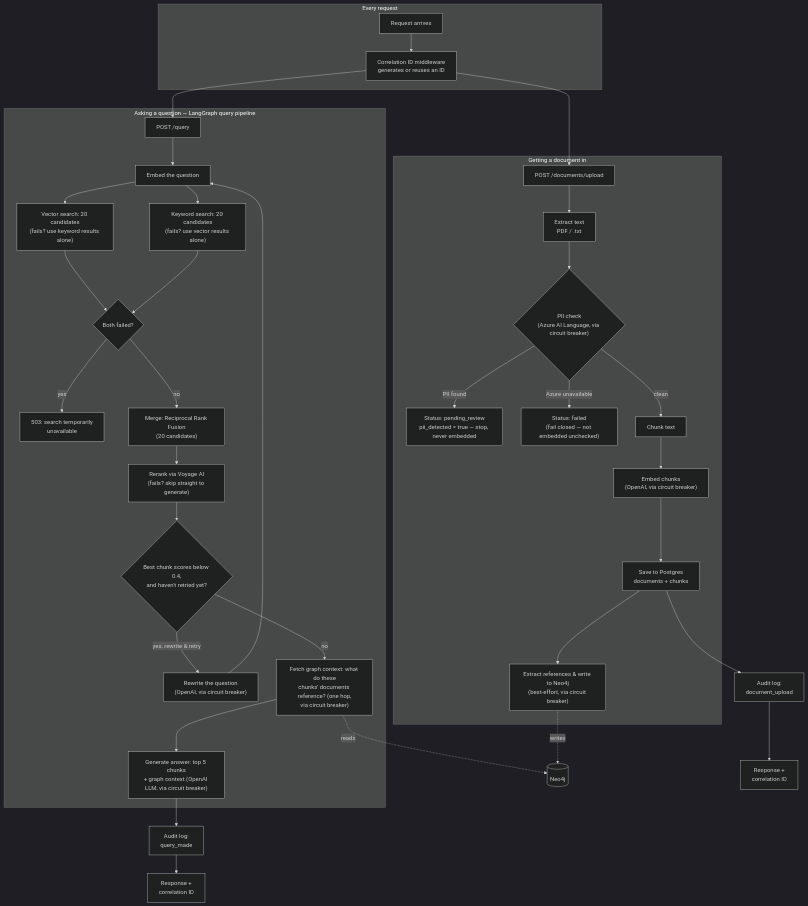
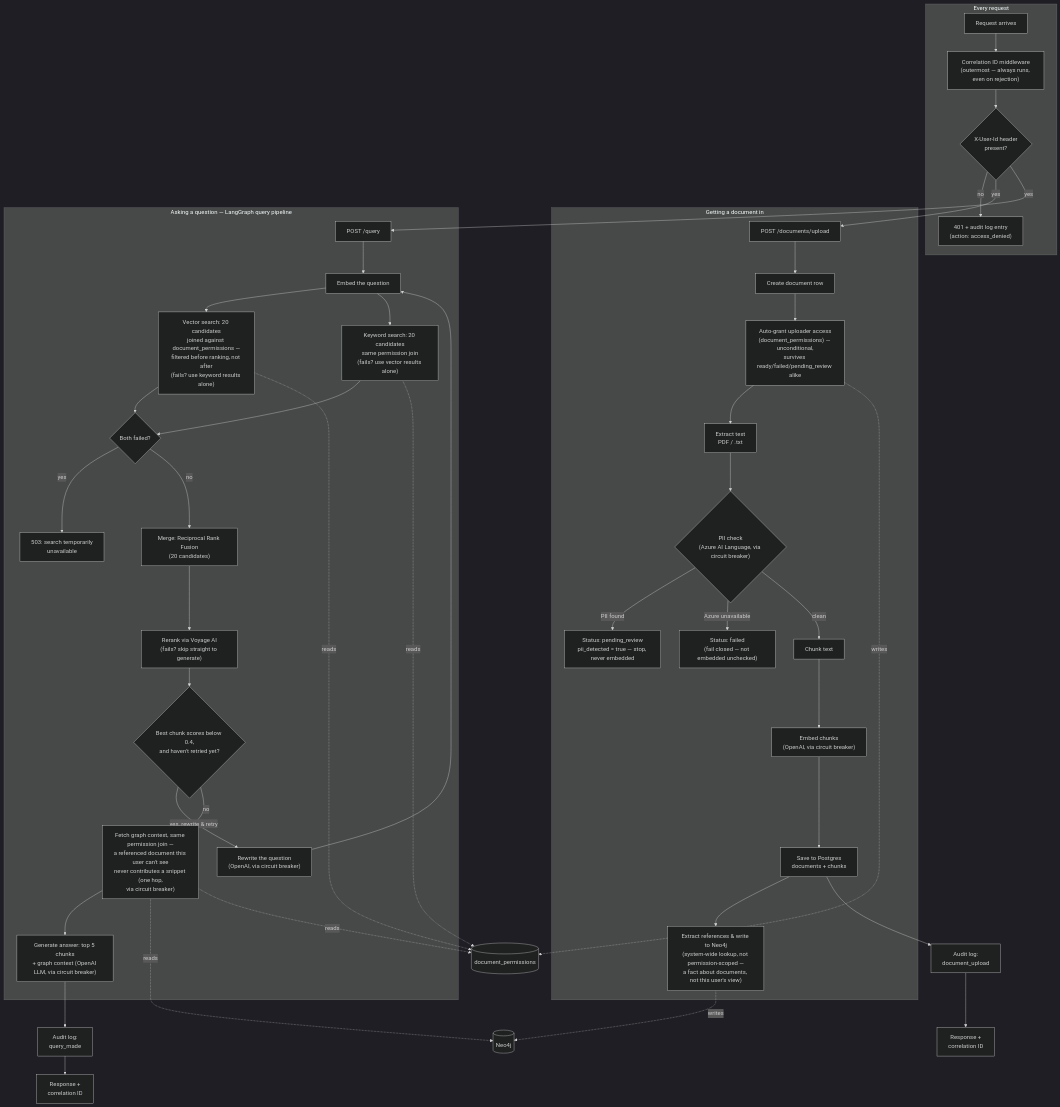
The first of 6 diagrams in knowledge-brain/docs/ARCHITECTURE.md (NavdeepTU/genai_projects), drawn with Mermaid (dark theme) before and after one commit. The commit also changed other lines of this file and 22 other files, not shown here.

````diff
--- a/knowledge-brain/docs/ARCHITECTURE.md
+++ b/knowledge-brain/docs/ARCHITECTURE.md
@@ -25,45 +25,54 @@
 ```mermaid
 flowchart TD
     subgraph mw["Every request"]
-        REQ[Request arrives] --> CID[Correlation ID middleware<br/>generates or reuses an ID]
+        REQ[Request arrives] --> CID["Correlation ID middleware<br/>(outermost — always runs, even on rejection)"]
+        CID --> UID{"X-User-Id header<br/>present?"}
+        UID -->|no| REJECT["401 + audit log entry<br/>(action: access_denied)"]
     end
 
-    CID --> UP[POST /documents/upload]
-    CID --> Q[POST /query]
+    UID -->|yes| UP[POST /documents/upload]
+    UID -->|yes| Q[POST /query]
 
     subgraph ingest["Getting a document in"]
-        UP --> EXTRACT[Extract text<br/>PDF / .txt]
+        UP --> CREATE[Create document row]
+        CREATE --> GRANT["Auto-grant uploader access<br/>(document_permissions) — unconditional,<br/>survives ready/failed/pending_review alike"]
+        GRANT --> EXTRACT[Extract text<br/>PDF / .txt]
         EXTRACT --> PIICHECK{"PII check<br/>(Azure AI Language, via circuit breaker)"}
         PIICHECK -->|PII found| FLAG["Status: pending_review<br/>pii_detected = true — stop, never embedded"]
         PIICHECK -->|Azure unavailable| FAILCLOSED["Status: failed<br/>(fail closed — not embedded unchecked)"]
         PIICHECK -->|clean| CHUNK[Chunk text]
         CHUNK --> EMBED["Embed chunks<br/>(OpenAI, via circuit breaker)"]
         EMBED --> SAVE[Save to Postgres<br/>documents + chunks]
-        SAVE --> BUILDREFS["Extract references & write to Neo4j<br/>(best-effort, via circuit breaker)"]
+        SAVE --> BUILDREFS["Extract references & write to Neo4j<br/>(system-wide lookup, not permission-scoped —<br/>a fact about documents, not this user's view)"]
     end
 
     subgraph retrieve["Asking a question — LangGraph query pipeline"]
         Q --> QEMBED[Embed the question]
-        QEMBED --> VEC["Vector search: 20 candidates<br/>(fails? use keyword results alone)"]
-        QEMBED --> KW["Keyword search: 20 candidates<br/>(fails? use vector results alone)"]
+        QEMBED --> VEC["Vector search: 20 candidates<br/>joined against document_permissions —<br/>filtered before ranking, not after<br/>(fails? use keyword results alone)"]
+        QEMBED --> KW["Keyword search: 20 candidates<br/>same permission join<br/>(fails? use vector results alone)"]
         VEC --> BOTH{Both failed?}
         KW --> BOTH
         BOTH -->|yes| ERR[503: search temporarily<br/>unavailable]
         BOTH -->|no| RRF["Merge: Reciprocal Rank Fusion<br/>(20 candidates)"]
         RRF --> RERANK["Rerank via Voyage AI<br/>(fails? skip straight to generate)"]
         RERANK --> CHECK{Best chunk scores below 0.4,<br/>and haven't retried yet?}
         CHECK -->|yes, rewrite & retry| REWRITE["Rewrite the question<br/>(OpenAI, via circuit breaker)"]
         REWRITE --> QEMBED
-        CHECK -->|no| GRAPHCTX["Fetch graph context: what do these<br/>chunks' documents reference? (one hop,<br/>via circuit breaker)"]
+        CHECK -->|no| GRAPHCTX["Fetch graph context, same permission join —<br/>a referenced document this user can't see<br/>never contributes a snippet (one hop,<br/>via circuit breaker)"]
         GRAPHCTX --> GEN["Generate answer: top 5 chunks<br/>+ graph context (OpenAI LLM, via circuit breaker)"]
     end
 
     BUILDREFS -.writes.-> NEO4J[(Neo4j)]
     GRAPHCTX -.reads.-> NEO4J
+
+    GRANT -.writes.-> ACL[(document_permissions)]
+    VEC -.reads.-> ACL
+    KW -.reads.-> ACL
+    GRAPHCTX -.reads.-> ACL
 
     SAVE --> AUDIT1[Audit log:<br/>document_upload]
     GEN --> AUDIT2[Audit log:<br/>query_made]
 
     AUDIT1 --> RESP1[Response +<br/>correlation ID]
     AUDIT2 --> RESP2[Response +<br/>correlation ID]
 ```
````
